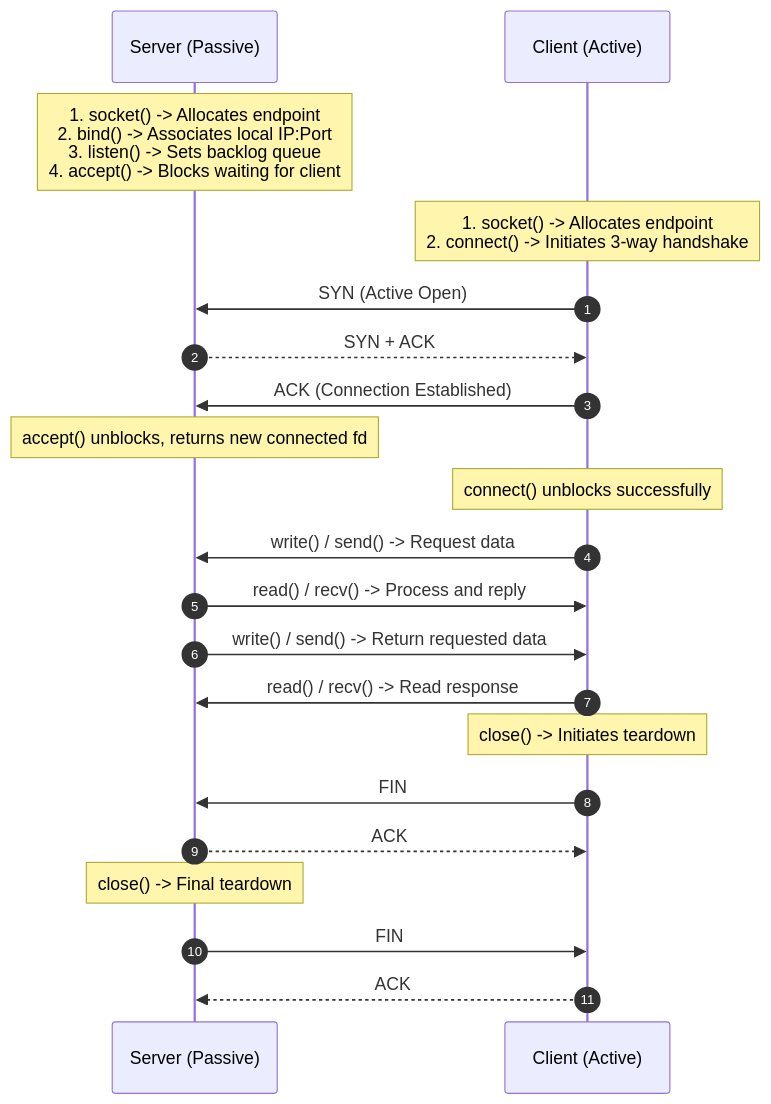
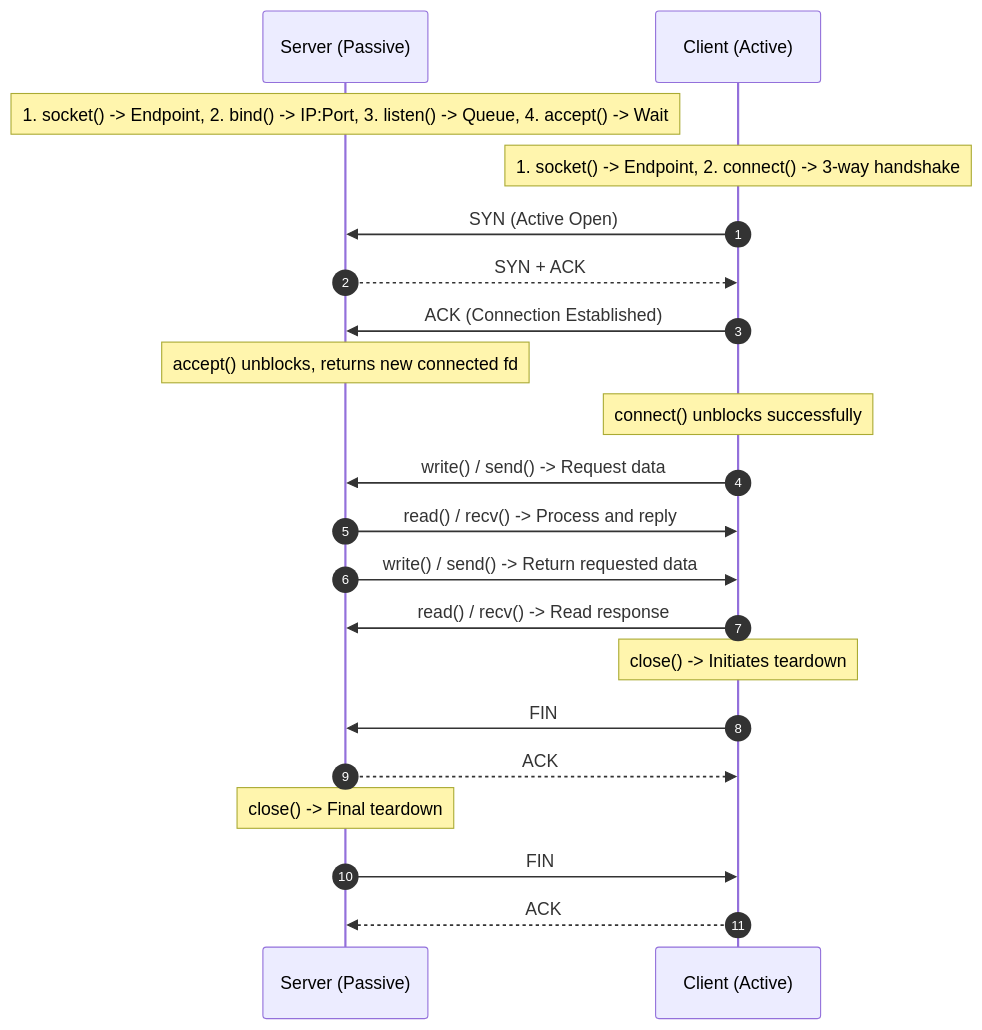
Before and after one commit to DeepLumiere/DeepSkills: the second of 3 diagrams in notes/computer_networks/Chapter_6_Transport_Layer.md, drawn with Mermaid. The commit also changed other lines of this file and 56 other files, not shown here.

````diff
--- a/notes/computer_networks/Chapter_6_Transport_Layer.md
+++ b/notes/computer_networks/Chapter_6_Transport_Layer.md
@@ -195,28 +195,28 @@
 ```mermaid
 sequenceDiagram
     autonumber
     participant Server as Server (Passive)
     participant Client as Client (Active)
 
-    Note over Server: 1. socket() -> Allocates endpoint<br/>2. bind() -> Associates local IP:Port<br/>3. listen() -> Sets backlog queue<br/>4. accept() -> Blocks waiting for client
-    Note over Client: 1. socket() -> Allocates endpoint<br/>2. connect() -> Initiates 3-way handshake
+    Note over Server: 1. socket() -> Endpoint, 2. bind() -> IP:Port, 3. listen() -> Queue, 4. accept() -> Wait
+    Note over Client: 1. socket() -> Endpoint, 2. connect() -> 3-way handshake
 
     Client->>Server: SYN (Active Open)
     Server-->>Client: SYN + ACK
     Client->>Server: ACK (Connection Established)
 
     Note over Server: accept() unblocks, returns new connected fd
     Note over Client: connect() unblocks successfully
 
     Client->>Server: write() / send() -> Request data
     Server->>Client: read() / recv() -> Process and reply
     Server->>Client: write() / send() -> Return requested data
     Client->>Server: read() / recv() -> Read response
 
     Note over Client: close() -> Initiates teardown
     Client->>Server: FIN
     Server-->>Client: ACK
     Note over Server: close() -> Final teardown
     Server->>Client: FIN
     Client-->>Server: ACK
 ```
````
